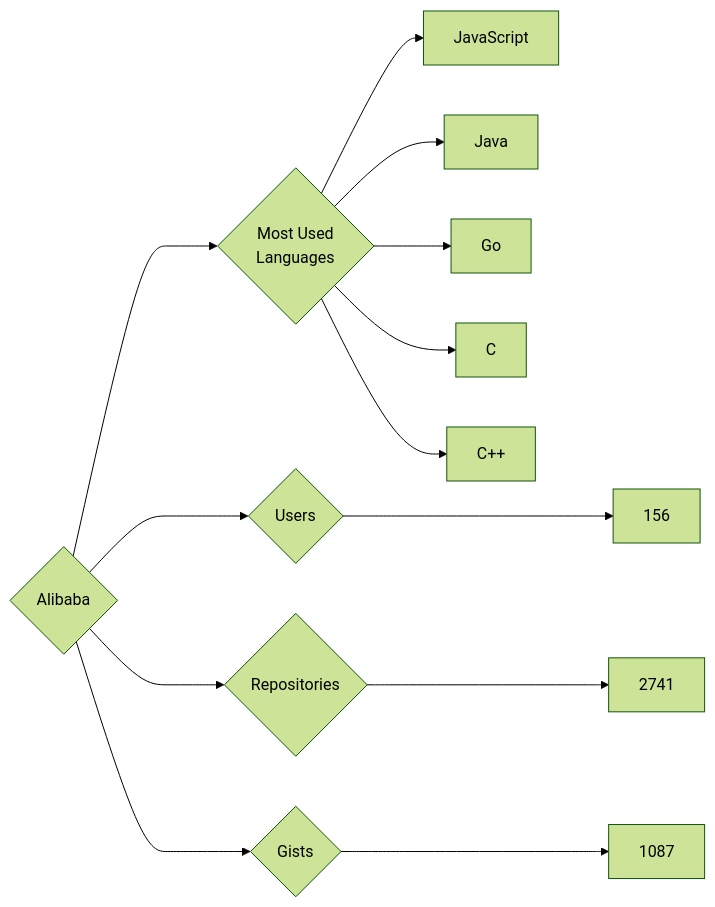
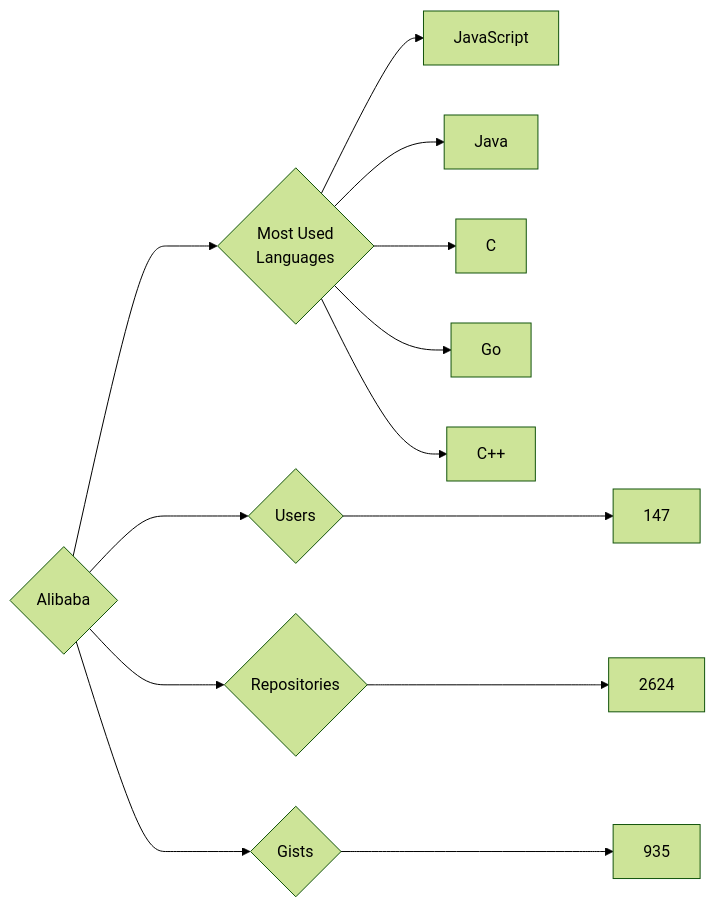
The diagram in targets/Alibaba/README.md (trickest/insiders), drawn with Mermaid (forest theme) before and after one commit. The commit also changed 925 other files, not shown here.

````diff
--- a/targets/Alibaba/README.md
+++ b/targets/Alibaba/README.md
@@ -3,13 +3,13 @@
 ```mermaid
 graph LR
 COMPANY_NAME{Alibaba}
-COMPANY_NAME ---> U{Users} ---> UN[156]
-COMPANY_NAME ---> R{Repositories} ---> RN[2741]
-COMPANY_NAME ---> G{Gists} ---> GN[1087]
+COMPANY_NAME ---> U{Users} ---> UN[147]
+COMPANY_NAME ---> R{Repositories} ---> RN[2624]
+COMPANY_NAME ---> G{Gists} ---> GN[935]
 COMPANY_NAME ---> ML{Most Used<br>Languages}
 ML --> JavaScript[JavaScript]
 ML --> Java[Java]
+ML --> C[C]
 ML --> Go[Go]
-ML --> C[C]
 ML --> C++[C++]
 ```
````
